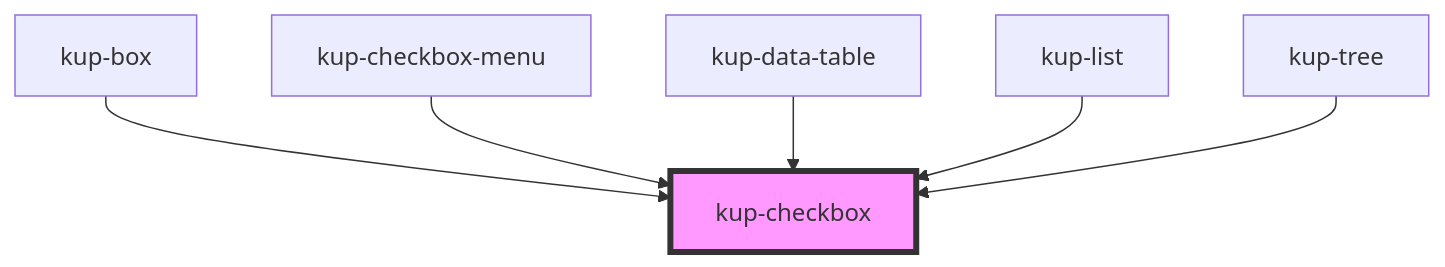
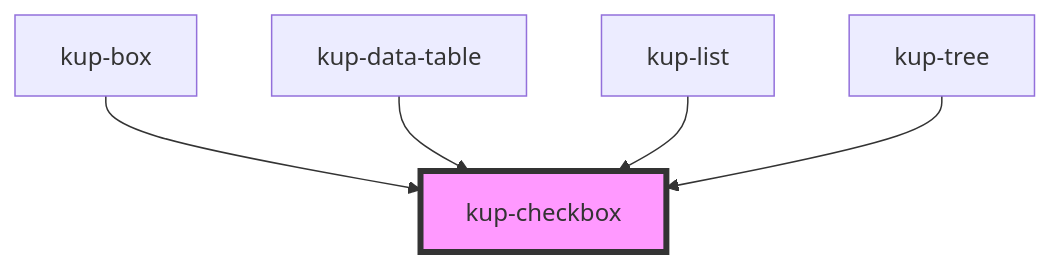
Before and after one commit to smeup/ketchup: the diagram in packages/ketchup/src/components/kup-checkbox/readme.md, drawn with Mermaid. The commit also changed other lines of this file and 16 other files, not shown here.

Commit message:
Remove kup-menu and kup-checkbox-menu drafts from library and showcase.

````diff
--- a/packages/ketchup/src/components/kup-checkbox/readme.md
+++ b/packages/ketchup/src/components/kup-checkbox/readme.md
@@ -58,9 +57,8 @@
 ```mermaid
 graph TD;
   kup-box --> kup-checkbox
-  kup-checkbox-menu --> kup-checkbox
   kup-data-table --> kup-checkbox
   kup-list --> kup-checkbox
   kup-tree --> kup-checkbox
   style kup-checkbox fill:#f9f,stroke:#333,stroke-width:4px
 ```
````
